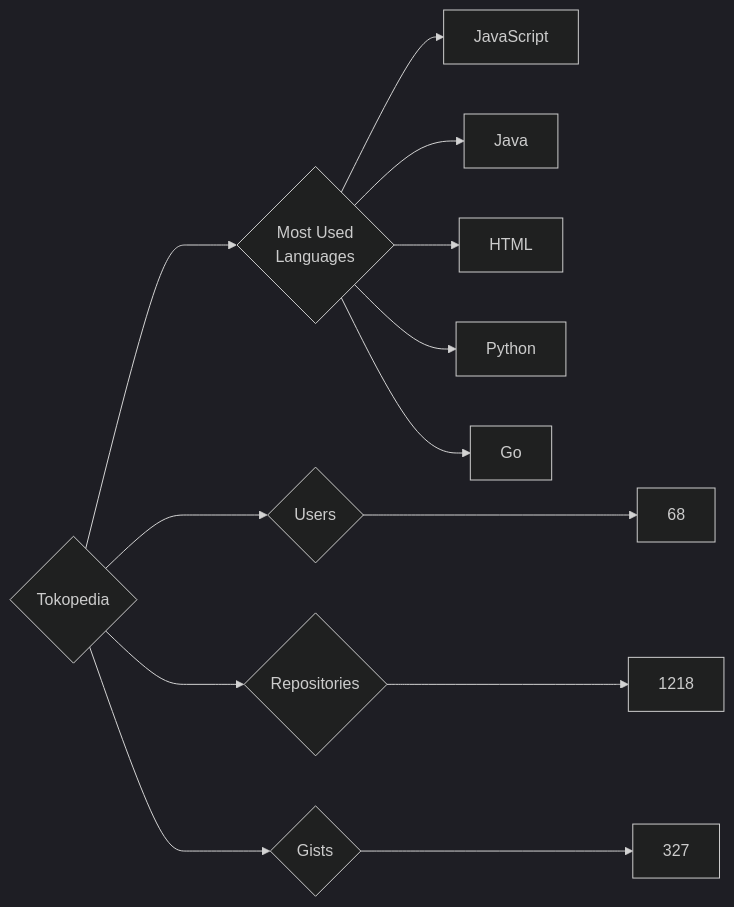
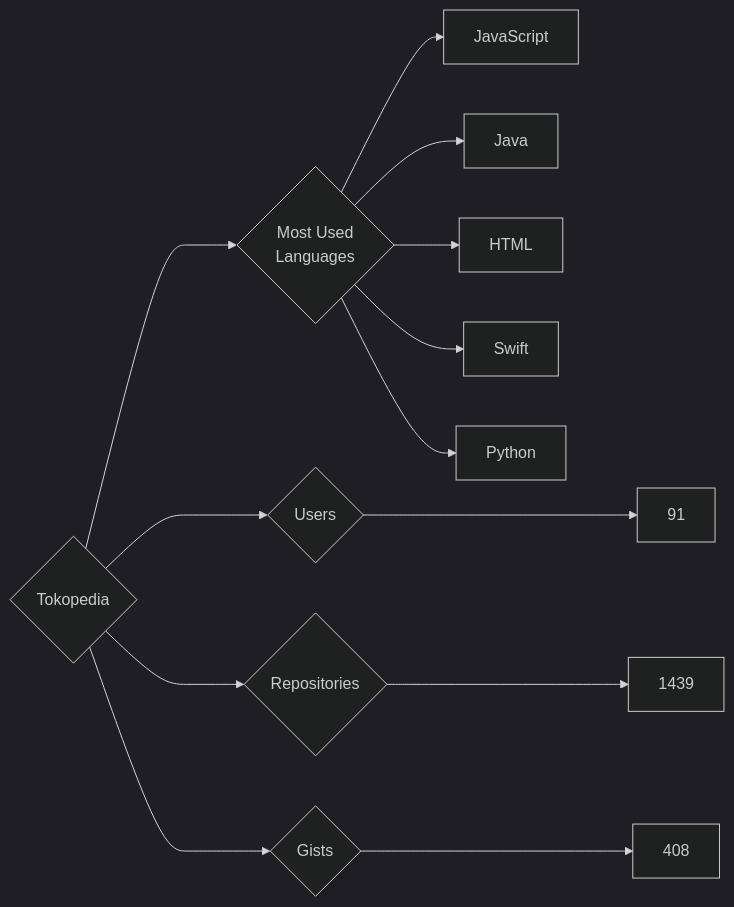
Before and after one commit to trickest/insiders: the diagram in targets/Tokopedia/README.md, drawn with Mermaid (dark theme). The commit also changed 903 other files, not shown here.

````diff
--- a/targets/Tokopedia/README.md
+++ b/targets/Tokopedia/README.md
@@ -3,13 +3,13 @@
 ```mermaid
 graph LR
 COMPANY_NAME{Tokopedia}
-COMPANY_NAME ---> U{Users} ---> UN[68]
-COMPANY_NAME ---> R{Repositories} ---> RN[1218]
-COMPANY_NAME ---> G{Gists} ---> GN[327]
+COMPANY_NAME ---> U{Users} ---> UN[91]
+COMPANY_NAME ---> R{Repositories} ---> RN[1439]
+COMPANY_NAME ---> G{Gists} ---> GN[408]
 COMPANY_NAME ---> ML{Most Used<br>Languages}
 ML --> JavaScript[JavaScript]
 ML --> Java[Java]
 ML --> HTML[HTML]
+ML --> Swift[Swift]
 ML --> Python[Python]
-ML --> Go[Go]
 ```
````
